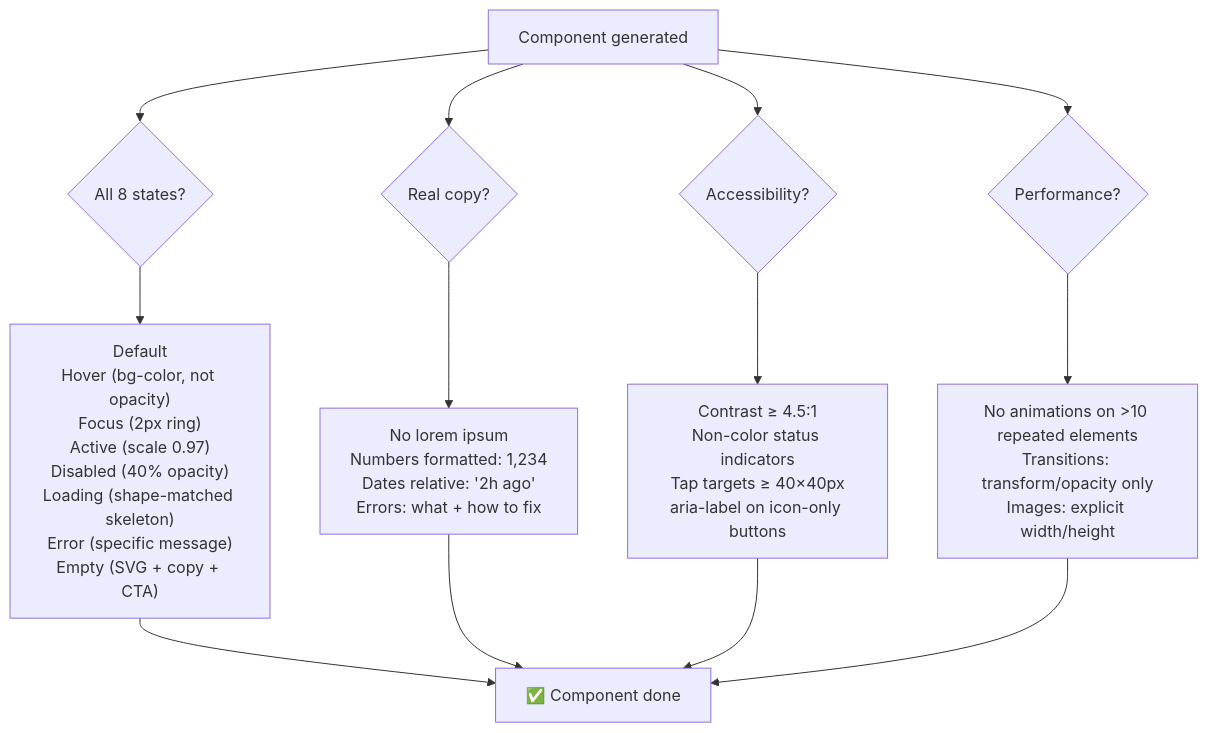
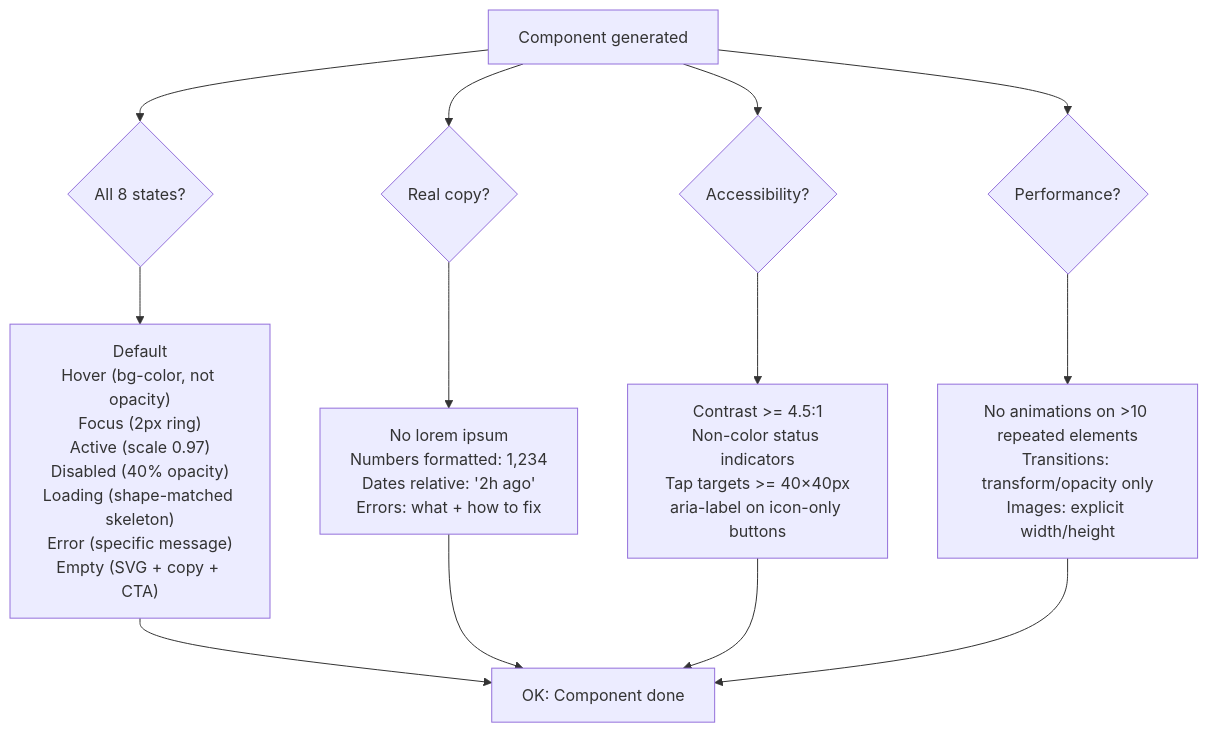
One commit to snowby666/forge changed the ninth of 9 diagrams in docs/05-design-constitution.md. Above: the diagram before and after it, drawn with Mermaid. The commit also changed other lines of this file and 7 other files, not shown here.

````diff
--- a/docs/05-design-constitution.md
+++ b/docs/05-design-constitution.md
@@ -252,14 +252,14 @@
 ```mermaid
 graph TD
     COMP["Component generated"]
     COMP --> STATES{"All 8 states?"}
     STATES --> S1["Default\nHover (bg-color, not opacity)\nFocus (2px ring)\nActive (scale 0.97)\nDisabled (40% opacity)\nLoading (shape-matched skeleton)\nError (specific message)\nEmpty (SVG + copy + CTA)"]
     COMP --> COPY{"Real copy?"}
     COPY --> C1["No lorem ipsum\nNumbers formatted: 1,234\nDates relative: '2h ago'\nErrors: what + how to fix"]
     COMP --> A11Y{"Accessibility?"}
-    A11Y --> A1["Contrast ≥ 4.5:1\nNon-color status indicators\nTap targets ≥ 40×40px\naria-label on icon-only buttons"]
+    A11Y --> A1["Contrast >= 4.5:1\nNon-color status indicators\nTap targets >= 40×40px\naria-label on icon-only buttons"]
     COMP --> PERF{"Performance?"}
     PERF --> P1["No animations on >10 repeated elements\nTransitions: transform/opacity only\nImages: explicit width/height"]
 
-    S1 & C1 & A1 & P1 --> DONE["✅ Component done"]
+    S1 & C1 & A1 & P1 --> DONE["OK: Component done"]
 ```
````
